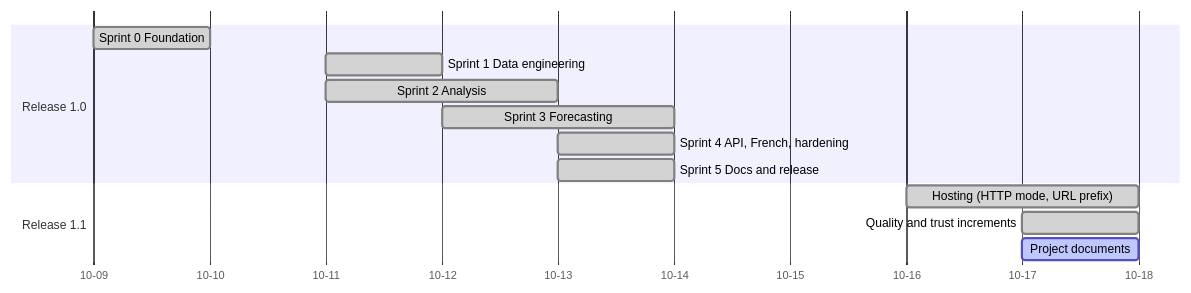
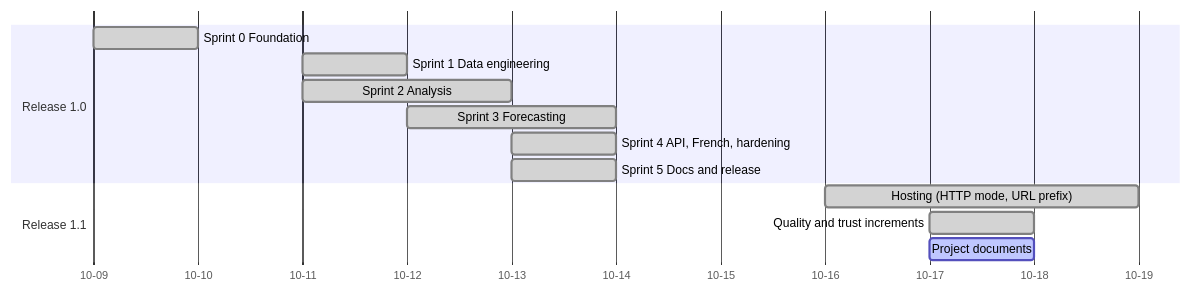
One commit to omarfaruqe/maplemetrics changed the diagram in docs/project/backlog.md. Above: the diagram before and after it, drawn with Mermaid. The commit also changed other lines of this file and 5 other files, not shown here.

````diff
--- a/docs/project/backlog.md
+++ b/docs/project/backlog.md
@@ -7,16 +7,16 @@
 ```mermaid
 gantt
     dateFormat  YYYY-MM-DD
     axisFormat  %m-%d
     section Release 1.0
     Sprint 0 Foundation            :done, s0, 2026-10-09, 1d
     Sprint 1 Data engineering      :done, s1, 2026-10-11, 1d
     Sprint 2 Analysis              :done, s2, 2026-10-11, 2d
     Sprint 3 Forecasting           :done, s3, 2026-10-12, 2d
     Sprint 4 API, French, hardening:done, s4, 2026-10-13, 1d
     Sprint 5 Docs and release      :done, s5, 2026-10-13, 1d
     section Release 1.1
-    Hosting (HTTP mode, URL prefix):done, h1, 2026-10-16, 2d
+    Hosting (HTTP mode, URL prefix):done, h1, 2026-10-16, 3d
     Quality and trust increments   :done, q1, 2026-10-17, 1d
     Project documents              :active, p1, 2026-10-17, 1d
 ```
````
